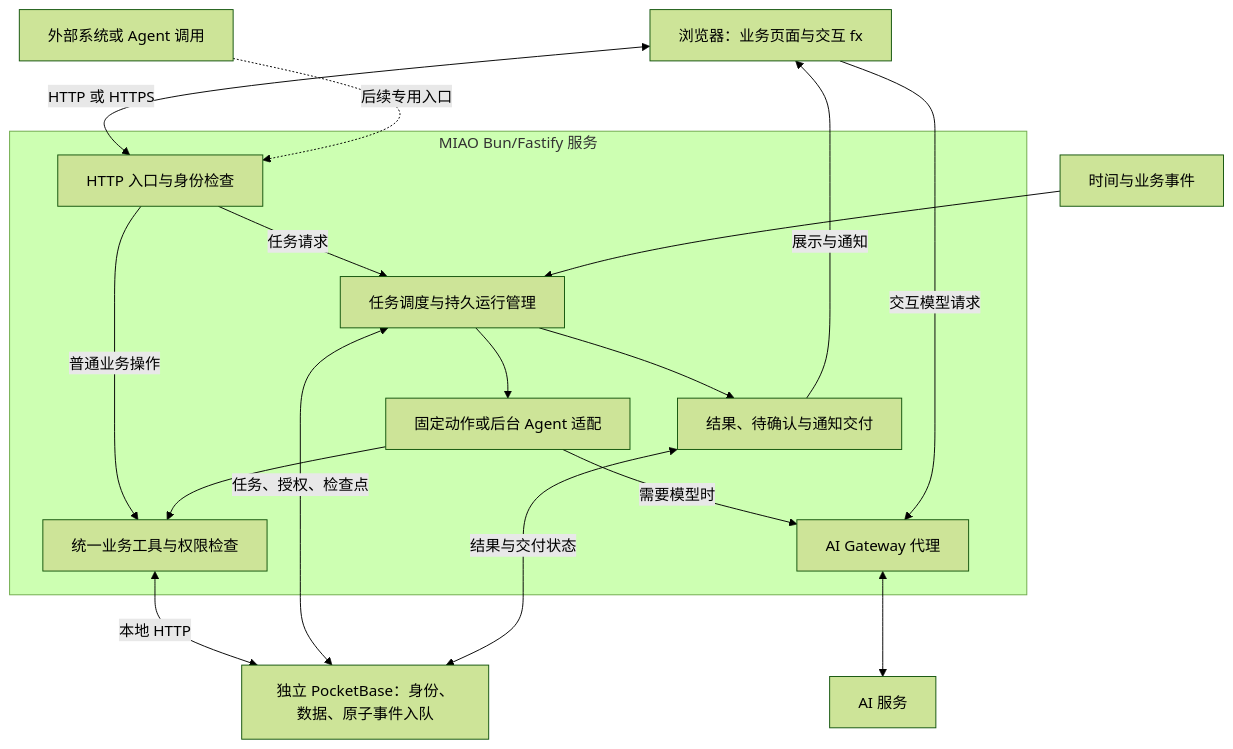
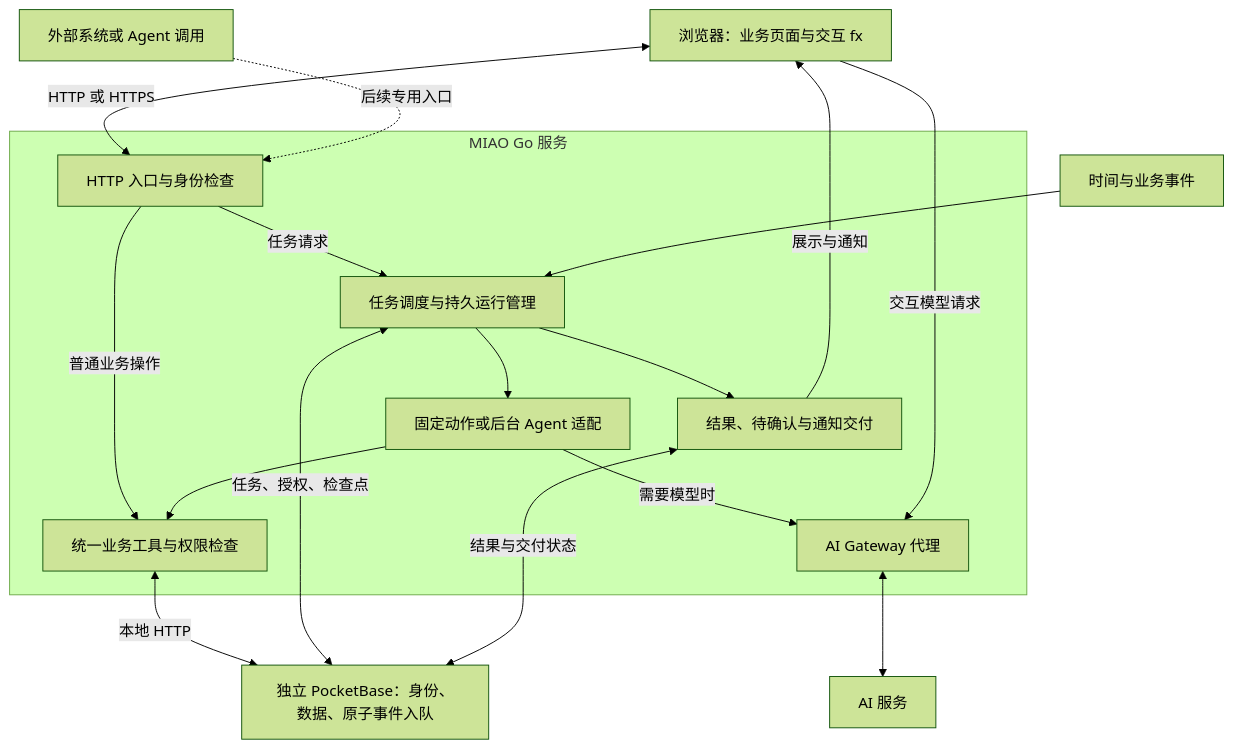
One commit to tans/miao changed the first of 2 diagrams in docs/OPERATIONS.md. Above: the diagram before and after it, drawn with Mermaid (forest theme). The commit also changed other lines of this file and 28 other files, not shown here.

````diff
--- a/docs/OPERATIONS.md
+++ b/docs/OPERATIONS.md
@@ -423,29 +380,29 @@
 ```mermaid
 flowchart TD
     WEB["浏览器：业务页面与交互 fx"]
     TRIGGER["时间与业务事件"]
     EXTERNAL["外部系统或 Agent 调用"]
-    subgraph BUN["MIAO Bun/Fastify 服务"]
+    subgraph GO["MIAO Go 服务"]
         API["HTTP 入口与身份检查"]
         RUN["任务调度与持久运行管理"]
         EXEC["固定动作或后台 Agent 适配"]
         TOOL["统一业务工具与权限检查"]
         RESULT["结果、待确认与通知交付"]
         GATEWAY["AI Gateway 代理"]
         API -->|任务请求| RUN
         API -->|普通业务操作| TOOL
         RUN --> EXEC
         EXEC --> TOOL
         EXEC -->|需要模型时| GATEWAY
         RUN --> RESULT
     end
     WEB <-->|HTTP 或 HTTPS| API
     WEB -->|交互模型请求| GATEWAY
     EXTERNAL -.->|后续专用入口| API
     TRIGGER --> RUN
     TOOL <-->|本地 HTTP| PB["独立 PocketBase：身份、数据、原子事件入队"]
     RUN <-->|任务、授权、检查点| PB
     RESULT <-->|结果与交付状态| PB
     RESULT -->|展示与通知| WEB
     GATEWAY <--> AI["AI 服务"]
 ```
````
